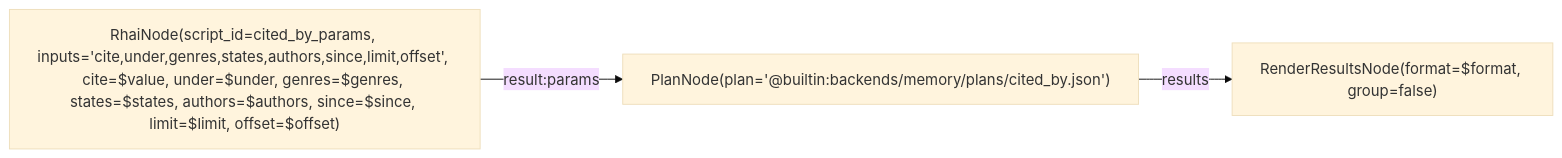
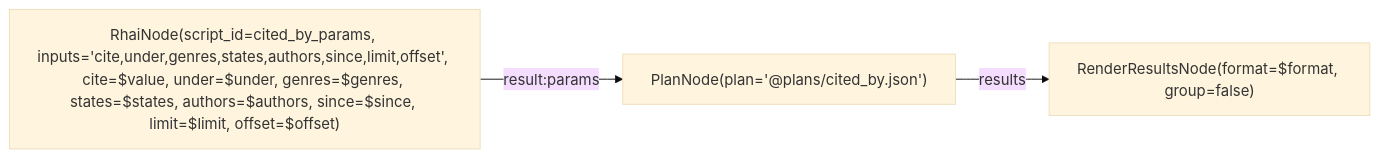
Before and after one commit to L-Defraiteur/rag3db: the diagram in extension/rag3weaver/templates/backends/memory/graphs/cited_by.mmd, drawn with Mermaid (base theme). The commit also changed 20 other files, not shown here.

Commit message:
feat(memoire): le gabarit memory cite ses graphes et ses Plans sur disque (@graphs/, @plans/), versés dans le gabarit : une copie éditée change ce que l'appel joue et la version du gabarit ; @builtin: ne reste que pour les outils génériques du moteur (select_structured, search_structured)

```diff
--- a/extension/rag3weaver/templates/backends/memory/graphs/cited_by.mmd
+++ b/extension/rag3weaver/templates/backends/memory/graphs/cited_by.mmd
@@ -1,19 +1,19 @@
 %% tool: cited_by
 %% description: Les fiches qui citent une chose — un fichier, un dossier, un symbole, un source : celles qui y sont ancrées, et celles dont un apport (L1) la cite. Pour chacune, ses Refs qui répondent et ses apports qui la citent. Les plus récentes d'abord, par leur dernier apport (une fiche ancienne qui reçoit un L1 neuf remonte), sinon par leur date ; le total est compté.
 %% param: value string! -- La valeur citée, en forme normale (ex. 'git:github.com/x/y:src/a.rs', ou 'doc:sources/2026-10-25.md').
 %% param: under bool = true -- Aussi ce qui est dessous : un dossier (valeur + '/'), un fichier et ses symboles (valeur + '#').
 %% param: genres json = [] -- Les genres de Ref gardés (ex. ["path", "symbol"]) ; vide : tous.
 %% param: states json = [] -- Les états de fiche gardés (ex. ["current"]) ; vide : tous.
 %% param: authors json = [] -- Les auteurs de fiche gardés ; vide : tous.
 %% param: since int = 0 -- Les fiches mises à jour depuis cet instant (ms) ; 0 : toutes.
 %% param: limit int = 20 -- Fiches rendues au plus (plafond 200).
 %% param: offset int = 0 -- Fiches sautées, pour la page suivante.
 %% param: format string = "markdown" -- markdown, ou json.
 %% result: render.text
 
 graph LR
     params["RhaiNode(script_id=cited_by_params, inputs='cite,under,genres,states,authors,since,limit,offset', cite=$value, under=$under, genres=$genres, states=$states, authors=$authors, since=$since, limit=$limit, offset=$offset)"]
-    plan["PlanNode(plan='@builtin:backends/memory/plans/cited_by.json')"]
+    plan["PlanNode(plan='@plans/cited_by.json')"]
     render["RenderResultsNode(format=$format, group=false)"]
     params -->|result:params| plan
     plan -->|results| render
```
